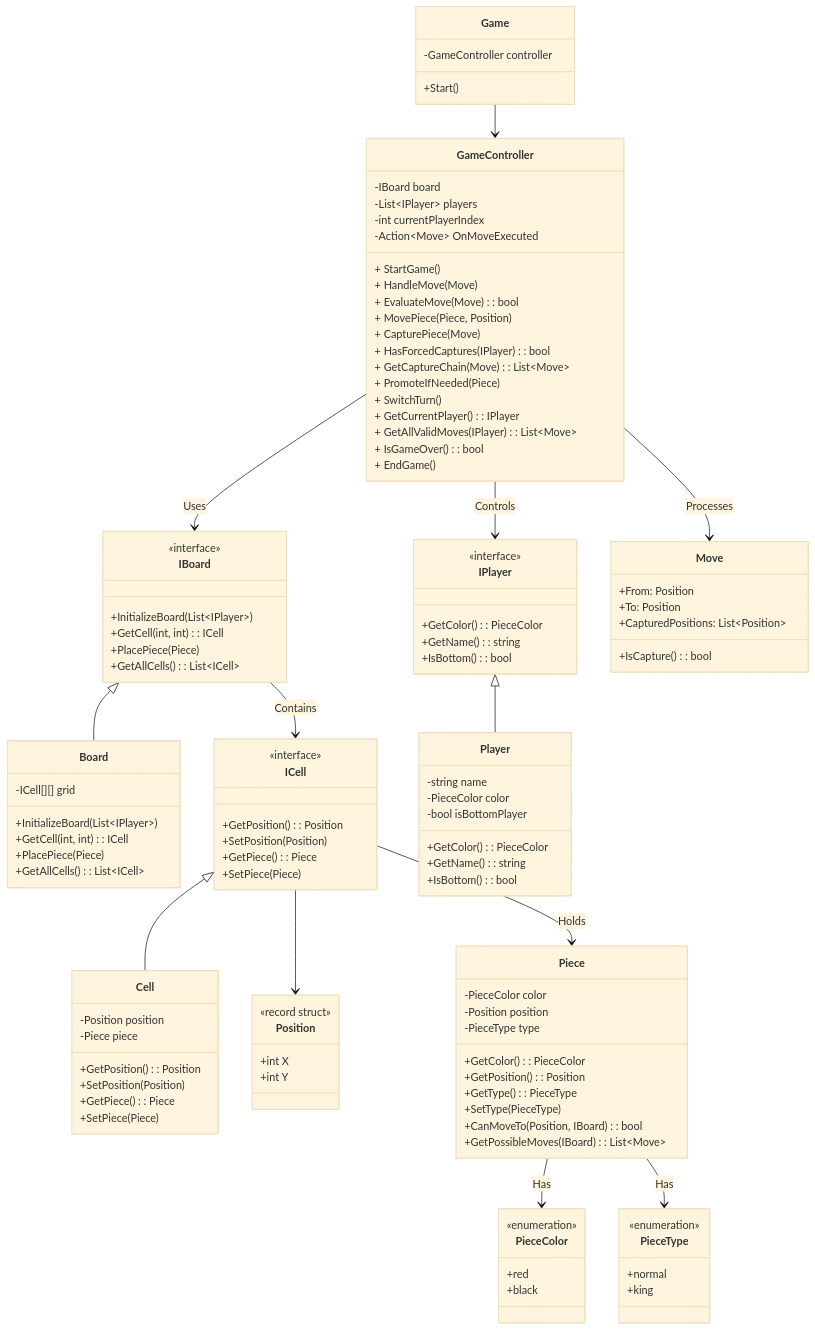
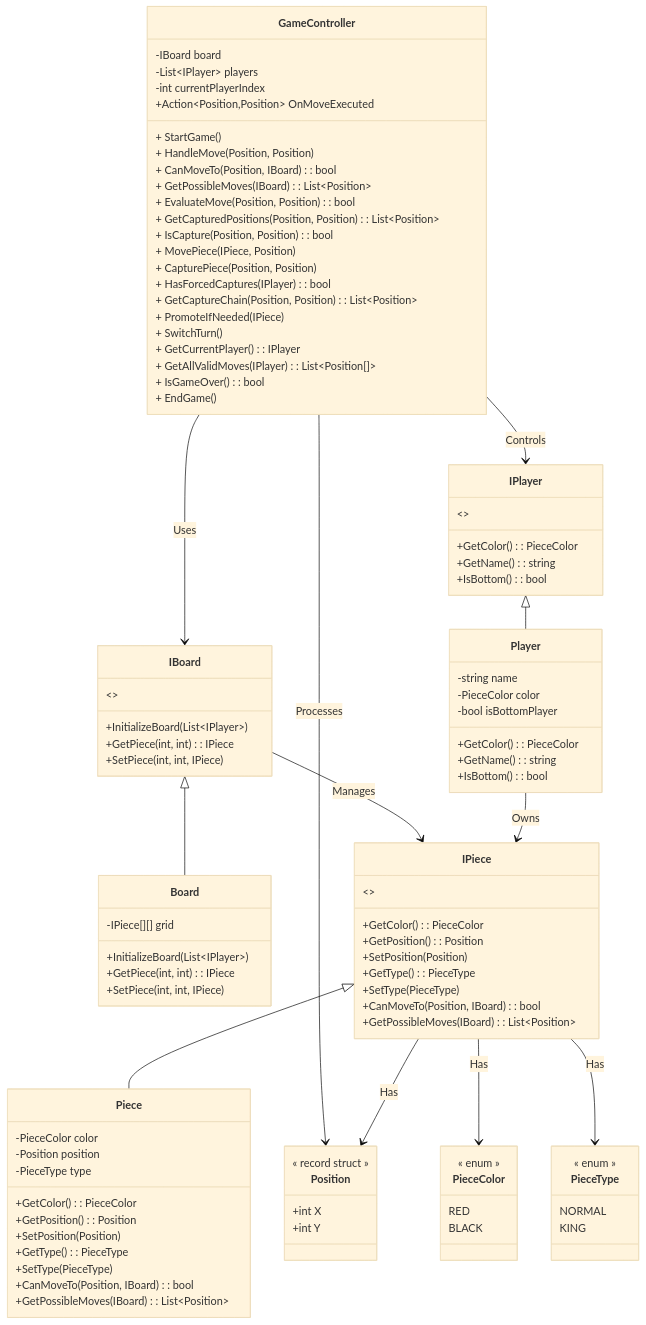
One commit to alifrain/Bootcamp changed the diagram in Day8/test.mmd. Above: the diagram before and after it, drawn with Mermaid (base theme). The commit also changed 8 other files, not shown here.

Commit message:
last class diagram

```diff
--- a/Day8/test.mmd
+++ b/Day8/test.mmd
@@ -1,111 +1,108 @@
 classDiagram
-class Game {
-  -GameController controller
-  +Start()
-}
-class GameController {
-  -IBoard board
-  -List~IPlayer~ players
-  -int currentPlayerIndex
-  -Action~Move~ OnMoveExecuted
-  + StartGame()
-  + HandleMove(Move)
-  + EvaluateMove(Move): bool
-  + MovePiece(Piece, Position)
-  + CapturePiece(Move)
-  + HasForcedCaptures(IPlayer): bool    
-  + GetCaptureChain(Move): List~Move~ 
-  + PromoteIfNeeded(Piece)
-  + SwitchTurn()
-  + GetCurrentPlayer(): IPlayer
-  + GetAllValidMoves(IPlayer): List~Move~
-  + IsGameOver(): bool
-  + EndGame()
-}
-class IBoard {
-  +InitializeBoard(List~IPlayer~)
-  +GetCell(int, int): ICell
-  +PlacePiece(Piece)
-  +GetAllCells(): List~ICell~
-  <<interface>>
-}
-class Board {
-  -ICell[][] grid
-  +InitializeBoard(List~IPlayer~)
-  +GetCell(int, int): ICell
-  +PlacePiece(Piece)
-  +GetAllCells(): List~ICell~
-}
-class IPlayer {
-  +GetColor(): PieceColor
-  +GetName(): string
-  +IsBottom(): bool
-  <<interface>>
-}
-class Player {
-  -string name
-  -PieceColor color
-  -bool isBottomPlayer
-  +GetColor(): PieceColor
-  +GetName(): string
-  +IsBottom(): bool
-}
-class ICell {
-  +GetPosition(): Position
-  +SetPosition(Position)
-  +GetPiece(): Piece
-  +SetPiece(Piece)
-  <<interface>>
-}
-class Cell {
-  -Position position
-  -Piece piece
-  +GetPosition(): Position
-  +SetPosition(Position)
-  +GetPiece(): Piece
-  +SetPiece(Piece)
-}
-class Position {
-  +int X
-  +int Y
-  <<record struct>>
-}
-class PieceType {
-  +normal
-  +king
-  <<enumeration>>
-}
-class PieceColor {
-  +red
-  +black
-  <<enumeration>>
-}
-class Piece {
-  -PieceColor color
-  -Position position
-  -PieceType type
-  +GetColor(): PieceColor
-  +GetPosition(): Position
-  +GetType(): PieceType
-  +SetType(PieceType)
-  +CanMoveTo(Position, IBoard): bool
-  +GetPossibleMoves(IBoard): List~Move~
-}
-class Move {
-  +From: Position
-  +To: Position
-  +CapturedPositions: List~Position~
-  +IsCapture(): bool  
-}
-Game --> GameController 
-GameController --> IBoard : Uses
-GameController --> IPlayer : Controls
-GameController --> Move : Processes
-IBoard <|-- Board
-IPlayer <|-- Player
-ICell <|-- Cell
-IBoard --> ICell : Contains
-ICell --> Position
-ICell --> Piece : Holds
-Piece --> PieceColor : Has
-Piece --> PieceType : Has
+    class GameController {
+        -IBoard board
+        -List~IPlayer~ players
+        -int currentPlayerIndex
+        +Action~Position,Position~ OnMoveExecuted
+        + StartGame()
+        + HandleMove(Position, Position)
+        + CanMoveTo(Position, IBoard): bool
+        + GetPossibleMoves(IBoard): List~Position~
+        + EvaluateMove(Position, Position): bool
+        + GetCapturedPositions(Position, Position): List~Position~
+        + IsCapture(Position, Position): bool
+        + MovePiece(IPiece, Position)
+        + CapturePiece(Position, Position)
+        + HasForcedCaptures(IPlayer): bool      
+        + GetCaptureChain(Position, Position): List~Position~
+        + PromoteIfNeeded(IPiece)
+        + SwitchTurn()
+        + GetCurrentPlayer(): IPlayer
+        + GetAllValidMoves(IPlayer): List~Position[]~
+        + IsGameOver(): bool
+        + EndGame()
+    }
+
+    class IBoard {
+        +InitializeBoard(List~IPlayer~)
+        +GetPiece(int, int): IPiece
+        +SetPiece(int, int, IPiece)
+        <>
+    }
+
+    class Board {
+        -IPiece[][] grid
+        +InitializeBoard(List~IPlayer~)
+        +GetPiece(int, int): IPiece
+        +SetPiece(int, int, IPiece)
+    }
+
+    class IPlayer {
+        +GetColor(): PieceColor
+        +GetName(): string
+        +IsBottom(): bool
+        <>
+    }
+
+    class Player {
+        -string name
+        -PieceColor color
+        -bool isBottomPlayer
+        +GetColor(): PieceColor
+        +GetName(): string
+        +IsBottom(): bool
+    }
+
+    class Position {
+        +int X
+        +int Y
+        << record struct >>
+    }
+
+    class PieceType {
+        NORMAL
+        KING
+        << enum >>
+    }
+
+    class PieceColor {
+        RED
+        BLACK
+        << enum >>
+    }
+
+    class IPiece {
+        +GetColor(): PieceColor
+        +GetPosition(): Position
+        +SetPosition(Position)
+        +GetType(): PieceType
+        +SetType(PieceType)
+        +CanMoveTo(Position, IBoard): bool
+        +GetPossibleMoves(IBoard): List~Position~
+        <>
+    }
+
+    class Piece {
+        -PieceColor color
+        -Position position
+        -PieceType type
+        +GetColor(): PieceColor
+        +GetPosition(): Position
+        +SetPosition(Position)
+        +GetType(): PieceType
+        +SetType(PieceType)
+        +CanMoveTo(Position, IBoard): bool
+        +GetPossibleMoves(IBoard): List~Position~
+    }
+
+    GameController --> IBoard : Uses
+    GameController --> IPlayer : Controls
+    GameController --> Position : Processes
+    IBoard <|-- Board
+    IPlayer <|-- Player
+    IPiece <|-- Piece
+    IBoard --> IPiece : Manages
+    IPiece --> Position : Has
+    IPiece --> PieceColor : Has
+    IPiece --> PieceType : Has
+    Player --> IPiece : Owns
```
